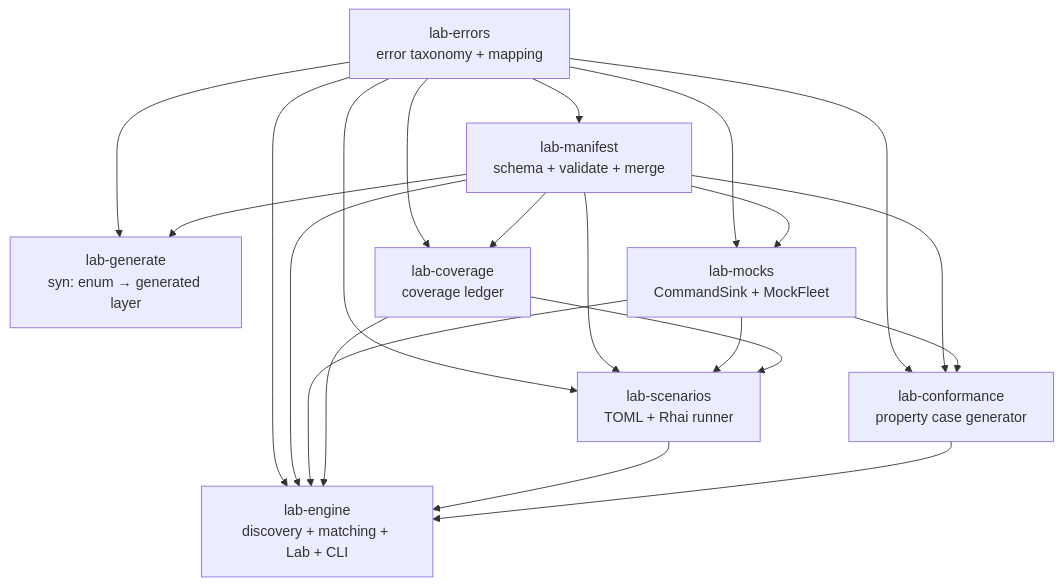
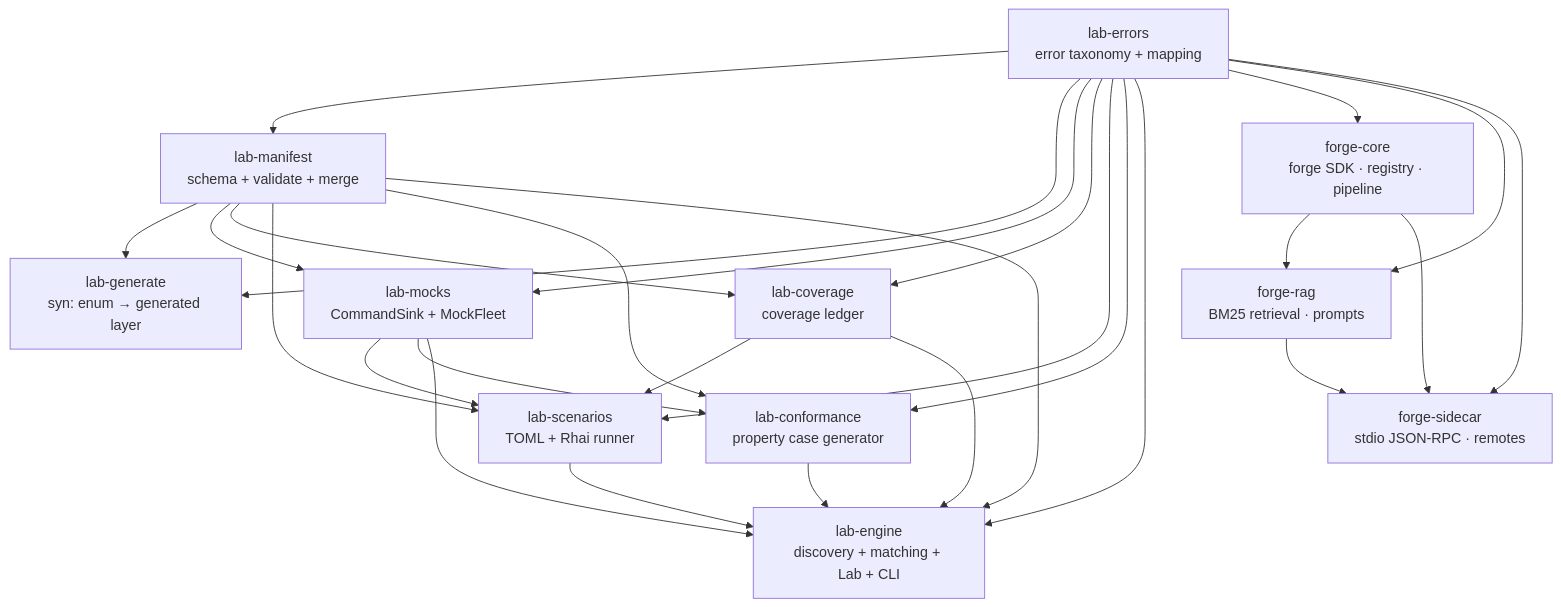
One commit to Zakarialabib/crateslab changed the first of 2 diagrams in docs/06-crate-intelligence.md. Above: the diagram before and after it, drawn with Mermaid. The commit also changed other lines of this file and 18 other files, not shown here.

````diff
--- a/docs/06-crate-intelligence.md
+++ b/docs/06-crate-intelligence.md
@@ -16,36 +16,47 @@
 ```mermaid
 flowchart TD
   errors["lab-errors\nerror taxonomy + mapping"]
   manifest["lab-manifest\nschema + validate + merge"]
   generate["lab-generate\nsyn: enum → generated layer"]
   mocks["lab-mocks\nCommandSink + MockFleet"]
   coverage["lab-coverage\ncoverage ledger"]
   scenarios["lab-scenarios\nTOML + Rhai runner"]
   conformance["lab-conformance\nproperty case generator"]
   engine["lab-engine\ndiscovery + matching + Lab + CLI"]
 
   errors --> manifest
   errors --> generate
   errors --> mocks
   errors --> coverage
   errors --> scenarios
   errors --> conformance
   errors --> engine
 
   manifest --> generate
   manifest --> mocks
   manifest --> coverage
   manifest --> scenarios
   manifest --> conformance
   manifest --> engine
 
   mocks --> scenarios
   mocks --> conformance
   mocks --> engine
 
   coverage --> scenarios
   coverage --> engine
 
   scenarios --> engine
   conformance --> engine
+
+  forge_core["forge-core\nforge SDK · registry · pipeline"]
+  forge_rag["forge-rag\nBM25 retrieval · prompts"]
+  forge_sidecar["forge-sidecar\nstdio JSON-RPC · remotes"]
+
+  errors --> forge_core
+  errors --> forge_rag
+  errors --> forge_sidecar
+  forge_core --> forge_rag
+  forge_core --> forge_sidecar
+  forge_rag --> forge_sidecar
 ```
````
